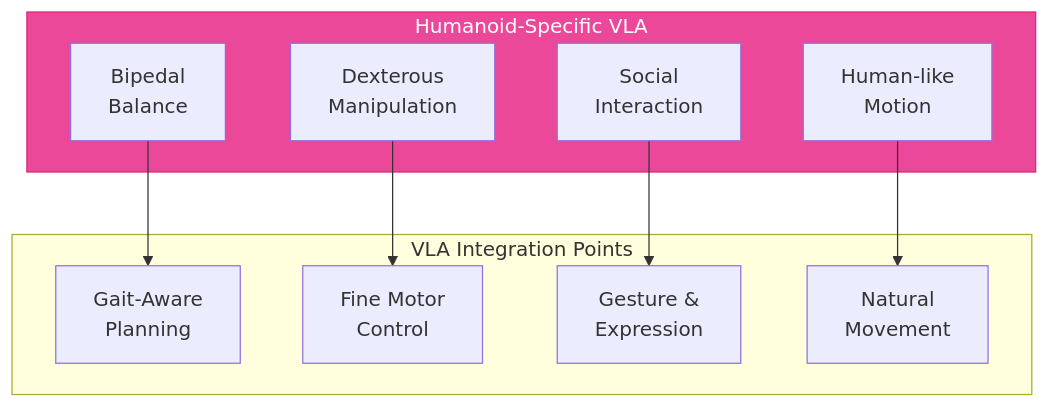
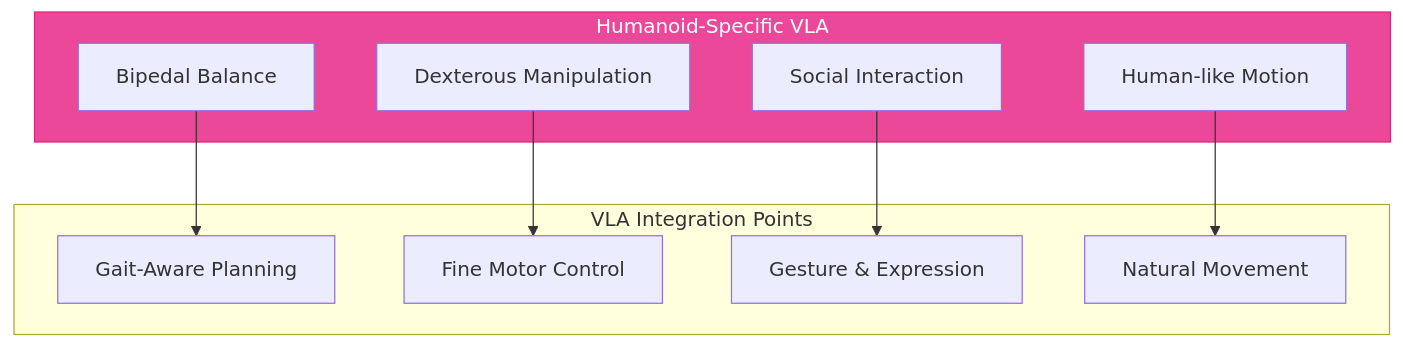
The sixth of 6 diagrams in docs/modules/module-4-vla/chapter-13-vla-intro.md (shakir-hussain1/physical-AI-and-humanoid-robotics-textbook-by-shakir-hussain), drawn with Mermaid before and after one commit. The commit also changed other lines of this file and 17 other files, not shown here.

Commit message:
fix: Remove br tags from Mermaid diagrams causing parse errors

````diff
--- a/docs/modules/module-4-vla/chapter-13-vla-intro.md
+++ b/docs/modules/module-4-vla/chapter-13-vla-intro.md
@@ -552,23 +552,23 @@
 ```mermaid
 flowchart TD
     subgraph Humanoid["Humanoid-Specific VLA"]
-        H1[Bipedal<br/>Balance]
-        H2[Dexterous<br/>Manipulation]
-        H3[Social<br/>Interaction]
-        H4[Human-like<br/>Motion]
+        H1[Bipedal Balance]
+        H2[Dexterous Manipulation]
+        H3[Social Interaction]
+        H4[Human-like Motion]
     end
 
     subgraph Integration["VLA Integration Points"]
-        I1[Gait-Aware<br/>Planning]
-        I2[Fine Motor<br/>Control]
-        I3[Gesture &<br/>Expression]
-        I4[Natural<br/>Movement]
+        I1[Gait-Aware Planning]
+        I2[Fine Motor Control]
+        I3[Gesture & Expression]
+        I4[Natural Movement]
     end
 
     H1 --> I1
     H2 --> I2
     H3 --> I3
     H4 --> I4
 
     style Humanoid fill:#ec4899,stroke:#db2777,color:#fff
 ```
````
